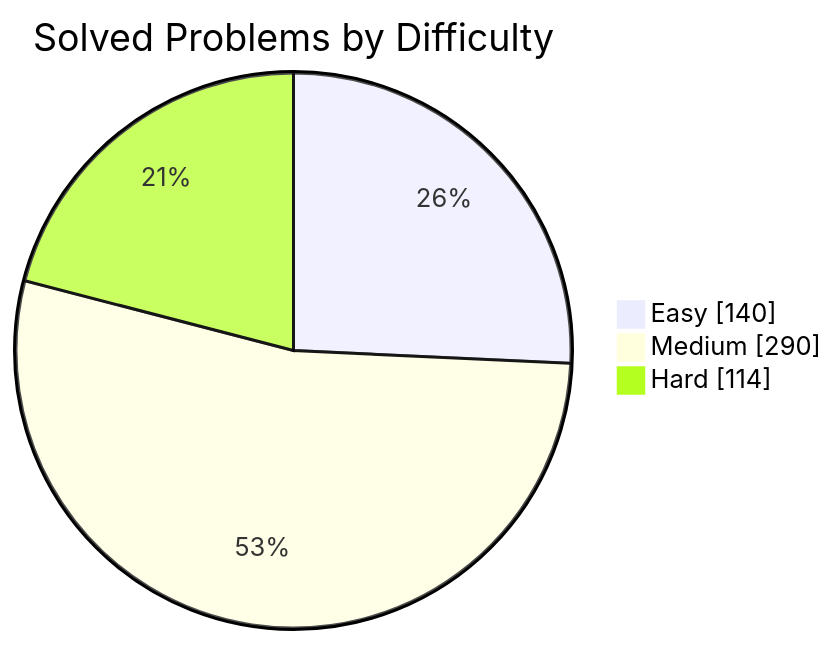
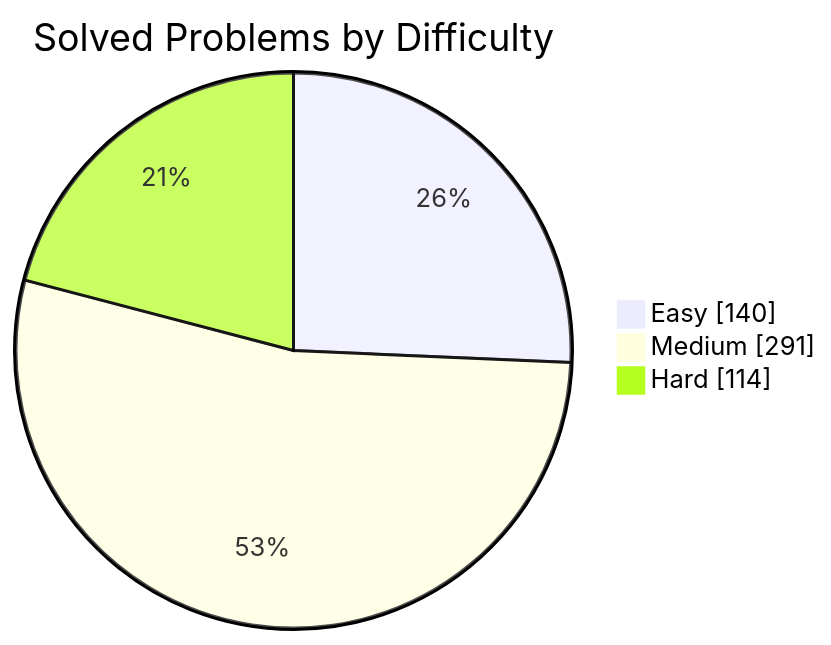
Before and after one commit to manikantbindass/DSA-Preparation-FAANG: the first of 2 diagrams in README.md, drawn with Mermaid. The commit also changed other lines of this file and 1 other file, not shown here.

````diff
--- a/README.md
+++ b/README.md
@@ -79,7 +79,7 @@
 ```mermaid
 pie showData
     title Solved Problems by Difficulty
     "Easy" : 140
-    "Medium" : 290
+    "Medium" : 291
     "Hard" : 114
 ```
````
